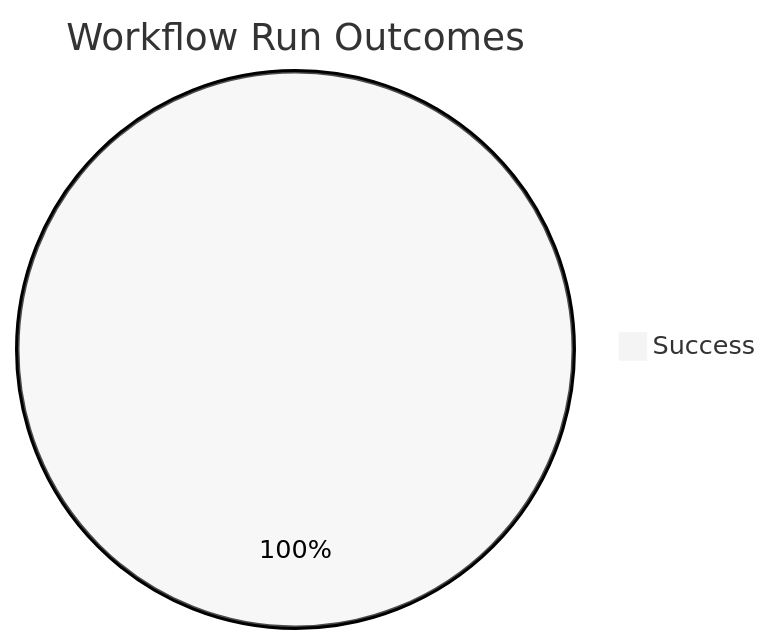
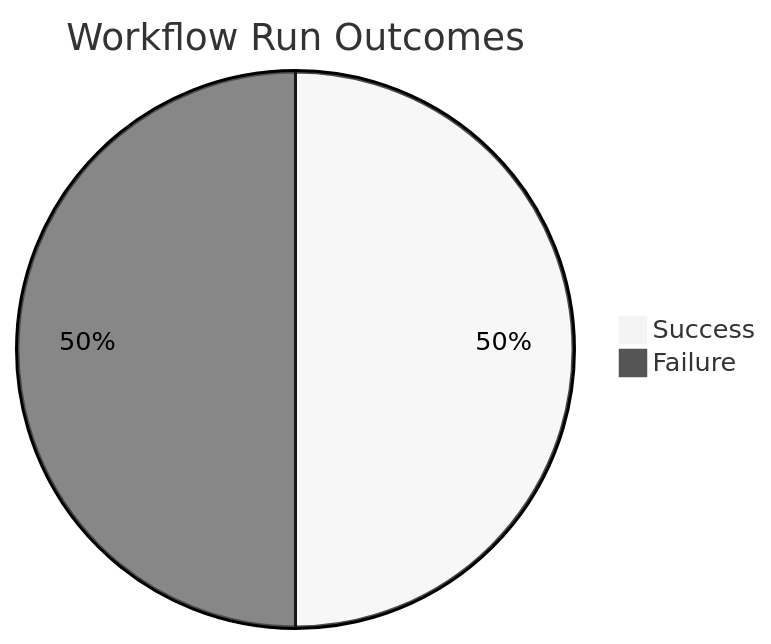
Before and after one commit to ukma-cs-ssdm-2025/rate-ukma: the first of 4 diagrams in docs/ci-cd/dora-summary.md, drawn with Mermaid (neutral theme). The commit also changed other lines of this file, not shown here.

````diff
--- a/docs/ci-cd/dora-summary.md
+++ b/docs/ci-cd/dora-summary.md
@@ -22,4 +22,5 @@
 ```mermaid
 pie title Workflow Run Outcomes
-    "Success" : 2
+    "Success" : 1
+    "Failure" : 1
 ```
````
